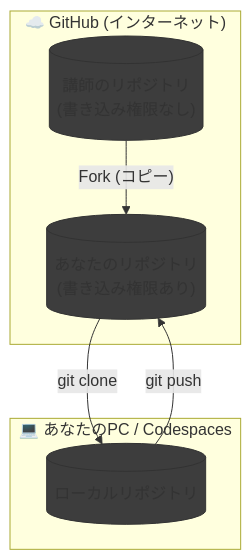
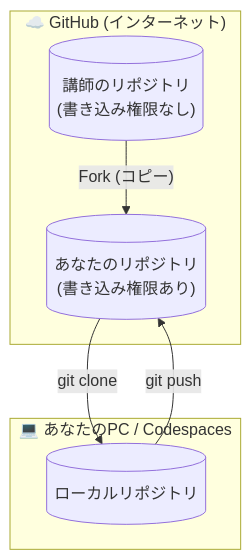
The sixth of 6 diagrams in 00_history_and_concept/README.md (t-inoue0214/starter-git-and-github), drawn with Mermaid before and after one commit. The commit also changed other lines of this file, not shown here.

Commit message:
[update] Delete Color scheme

````diff
--- a/00_history_and_concept/README.md
+++ b/00_history_and_concept/README.md
@@ -358,21 +353,16 @@
 ```mermaid
 flowchart TD
     subgraph GitHub ["☁️ GitHub (インターネット)"]
         TeacherRepo[("講師のリポジトリ<br>(書き込み権限なし)")]
         MyRepo[("あなたのリポジトリ<br>(書き込み権限あり)")]
         
         TeacherRepo -- "Fork (コピー)" --> MyRepo
     end
 
     subgraph PC ["💻 あなたのPC / Codespaces"]
         LocalRepo[("ローカルリポジトリ")]
     end
 
     MyRepo -- "git clone" --> LocalRepo
     LocalRepo -- "git push" --> MyRepo
-    
-    %% スタイル定義
-    style TeacherRepo fill:#3d3d3d,stroke:#333
-    style MyRepo fill:#3d3d3d,stroke:#333
-    style LocalRepo fill:#3d3d3d,stroke:#333
 ```
````
